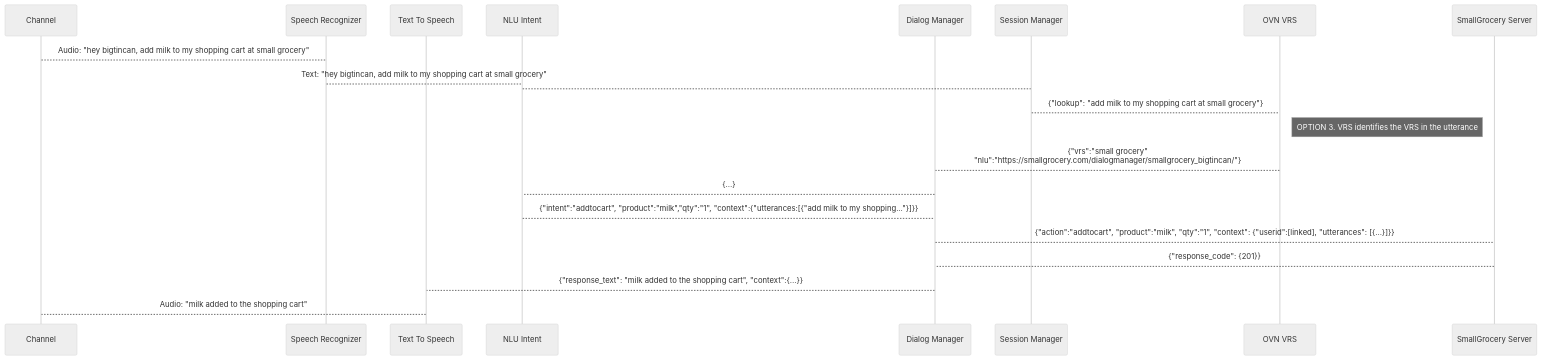
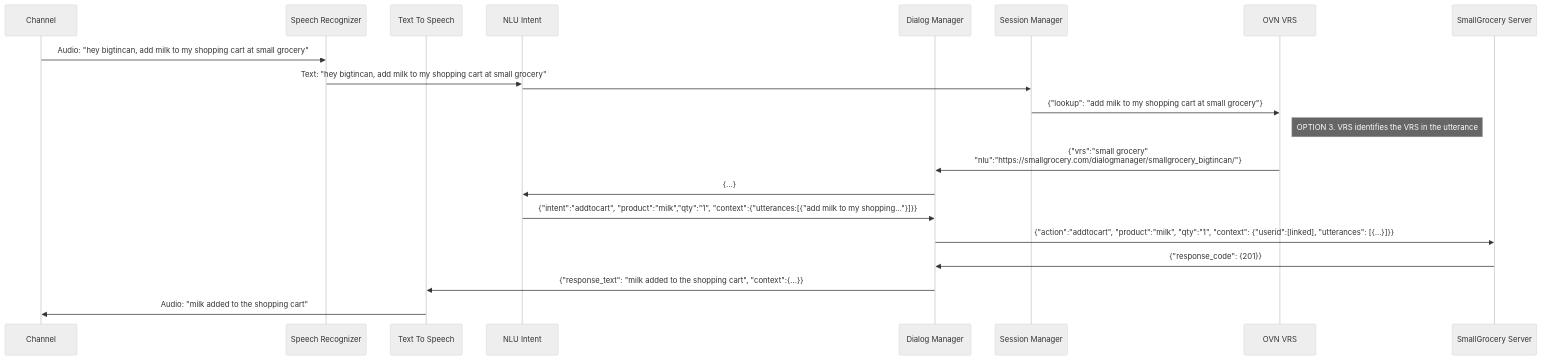
Before and after one commit to open-voice-interoperability/docs-archived: the third of 3 diagrams in architecture/decisions/0002-vrs-type.md, drawn with Mermaid (neutral theme). The commit also changed other lines of this file and 1 other file, not shown here.

Commit message:
Add the decision and changes from the meeting 03.04.2021. Closed #100

````diff
--- a/architecture/decisions/0002-vrs-type.md
+++ b/architecture/decisions/0002-vrs-type.md
@@ -106,26 +112,26 @@
 ```mermaid
 sequenceDiagram
 participant C as Channel
 participant SR as Speech Recognizer
 participant TTS as Text To Speech
 participant NLU as NLU Intent
 participant DM as Dialog Manager
 participant SM as Session Manager
 participant VRS as OVN VRS
 participant SS as SmallGrocery Server
 
 
-C --> SR: Audio: "hey bigtincan, add milk to my shopping cart at small grocery"
-SR --> NLU: Text: "hey bigtincan, add milk to my shopping cart at small grocery" 
-NLU --> SM: 
-SM --> VRS: {"lookup": "add milk to my shopping cart at small grocery"}
+C ->> SR: Audio: "hey bigtincan, add milk to my shopping cart at small grocery"
+SR ->> NLU: Text: "hey bigtincan, add milk to my shopping cart at small grocery" 
+NLU ->> SM: 
+SM ->> VRS: {"lookup": "add milk to my shopping cart at small grocery"}
 Note right of VRS: OPTION 3. VRS identifies the VRS in the utterance 
-VRS --> DM: {"vrs":"small grocery"<br>"nlu":"https://smallgrocery.com/dialogmanager/smallgrocery_bigtincan/"}
-DM --> NLU: {...}
-NLU --> DM: {"intent":"addtocart",  "product":"milk","qty":"1", "context":{"utterances:[{"add milk to my shopping..."}]}}
-DM --> SS: {"action":"addtocart", "product":"milk", "qty":"1", "context": {"userid":[linked], "utterances": [{...}]}}
-SS --> DM: {"response_code": {201}}
-DM --> TTS: {"response_text": "milk added to the shopping cart", "context":{...}}
-TTS --> C: Audio: "milk added to the shopping cart"
+VRS ->> DM: {"vrs":"small grocery"<br>"nlu":"https://smallgrocery.com/dialogmanager/smallgrocery_bigtincan/"}
+DM ->> NLU: {...}
+NLU ->> DM: {"intent":"addtocart",  "product":"milk","qty":"1", "context":{"utterances:[{"add milk to my shopping..."}]}}
+DM ->> SS: {"action":"addtocart", "product":"milk", "qty":"1", "context": {"userid":[linked], "utterances": [{...}]}}
+SS ->> DM: {"response_code": {201}}
+DM ->> TTS: {"response_text": "milk added to the shopping cart", "context":{...}}
+TTS ->> C: Audio: "milk added to the shopping cart"
 
 ```
````
